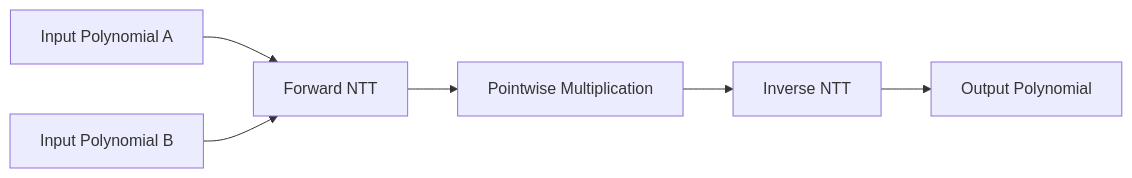
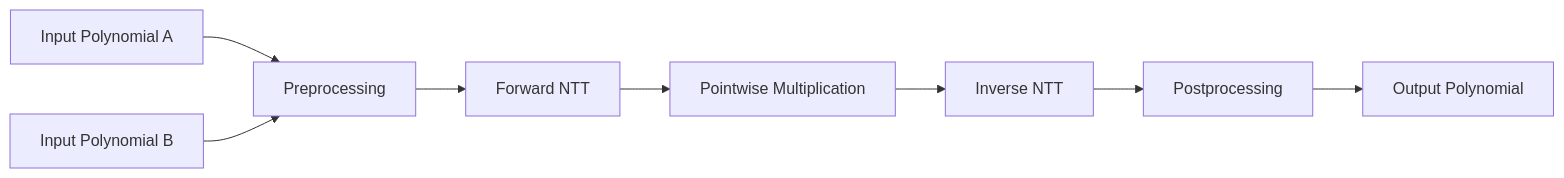
The diagram in README.md (AspiringPianist/fermat-conv-hardware), drawn with Mermaid before and after one commit. The commit also changed other lines of this file, not shown here.

````diff
--- a/README.md
+++ b/README.md
@@ -33,15 +34,19 @@
 ```mermaid
 flowchart LR
 
 A[Input Polynomial A]
 B[Input Polynomial B]
 
-A --> C[Forward NTT]
+A --> C[Preprocessing]
 B --> C
 
-C --> D[Pointwise Multiplication]
+C --> D[Forward NTT]
 
-D --> E[Inverse NTT]
+D --> E[Pointwise Multiplication]
 
-E --> F[Output Polynomial]
+E --> F[Inverse NTT]
+
+F --> G[Postprocessing]
+
+G --> H[Output Polynomial]
 ```
````
